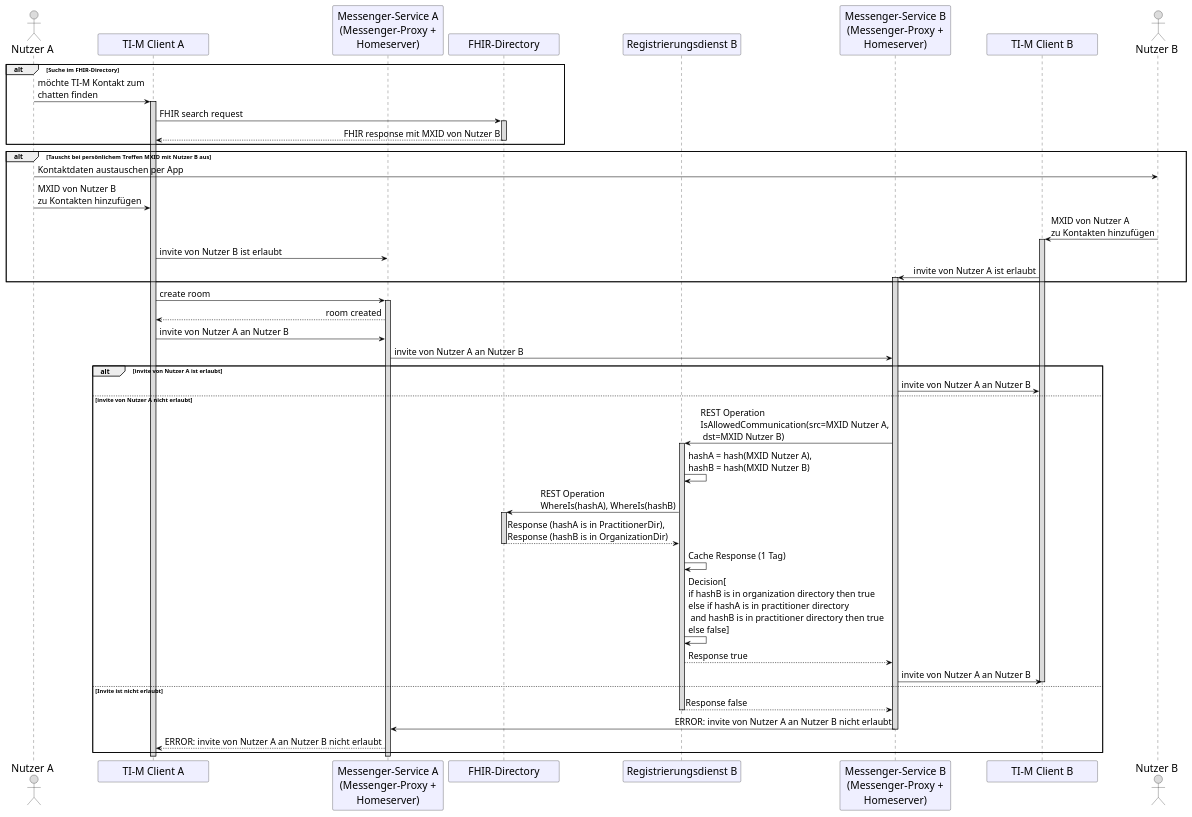
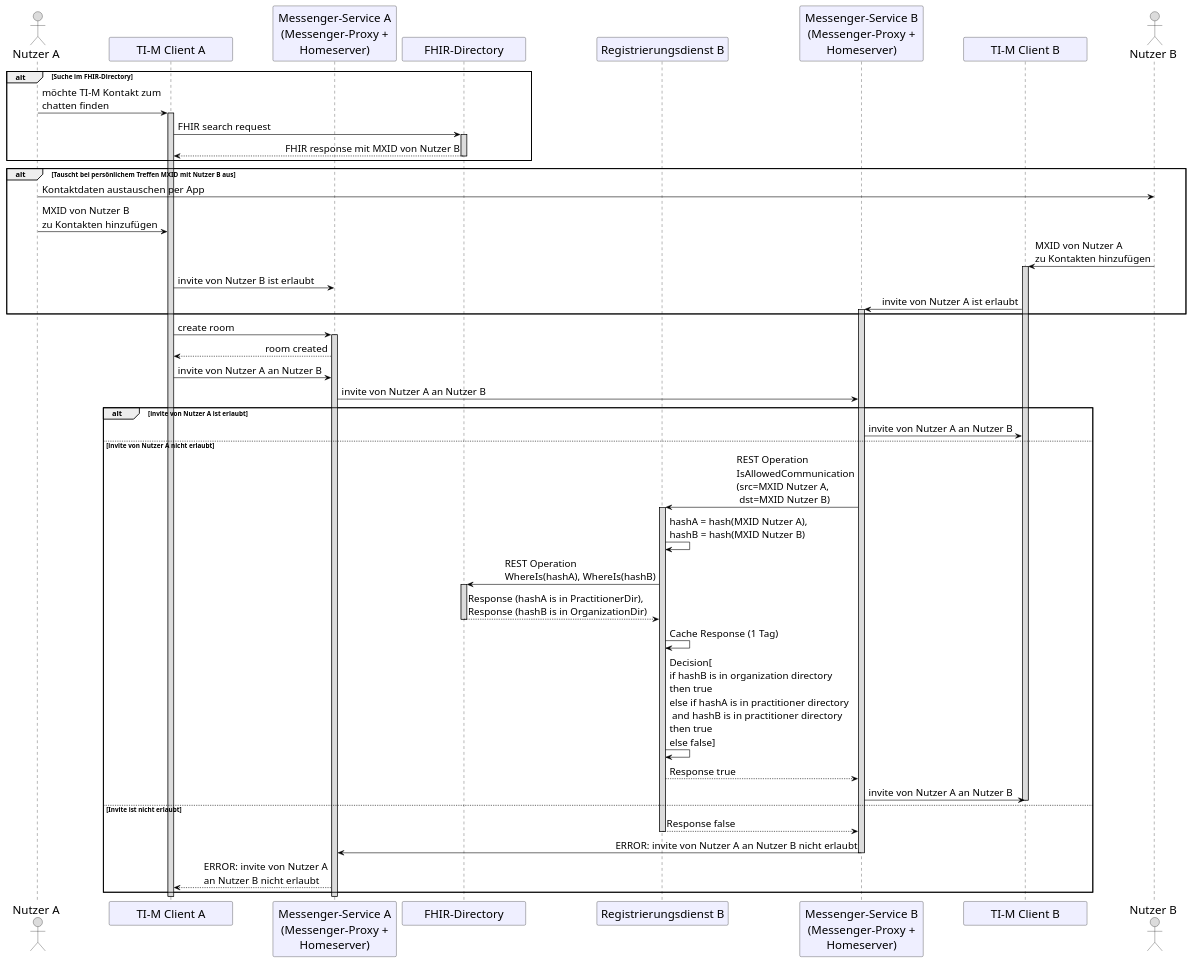
Before and after one commit to gematik/api-ti-messenger: the diagram in src/plantuml/architecture/Communication_control_without_PASSporT.puml, drawn with PlantUML.

```diff
--- a/src/plantuml/architecture/Communication_control_without_PASSporT.puml
+++ b/src/plantuml/architecture/Communication_control_without_PASSporT.puml
@@ -27,86 +27,86 @@
 @startuml
 skinparam sequenceMessageAlign direction
 skinparam minClassWidth 200
 skinparam BoxPadding 1
 skinparam sequenceReferenceHeaderBackgroundColor palegreen
 scale max 2048 width
 
 skinparam sequence {
 ArrowColor black
 ArrowFontSize 17
 ActorBorderColor black
 LifeLineBorderColor black
 LifeLineBackgroundColor Gainsboro
 
 ParticipantBorderColor Motivation
 ParticipantBackgroundColor Motivation
 ParticipantFontName Impact
 ParticipantFontSize 20
 ParticipantFontColor black
 ParticipantBorderColor Black
 ParticipantBackgroundColor MOTIVATION
 
 ActorBackgroundColor Gainsboro
 ActorFontColor black
 ActorFontSize 20
 ActorFontName Aapex
 }
 
 actor a as "Nutzer A"
 participant cl as "TI-M Client A"
 participant mp as "Messenger-Service A\n(Messenger-Proxy +\nHomeserver)"
 participant fd as "FHIR-Directory"
 participant rdb as "Registrierungsdienst B"
 participant mpb as "Messenger-Service B\n(Messenger-Proxy +\nHomeserver)"
 participant clb as "TI-M Client B"
 actor b as "Nutzer B"
 
 alt Suche im FHIR-Directory
 a -> cl: möchte TI-M Kontakt zum\nchatten finden
 activate cl
 cl -> fd: FHIR search request
 activate fd
 fd --> cl: FHIR response mit MXID von Nutzer B
 deactivate fd
 end
 alt Tauscht bei persönlichem Treffen MXID mit Nutzer B aus
 a -> b: Kontaktdaten austauschen per App
 a -> cl: MXID von Nutzer B\nzu Kontakten hinzufügen
 b -> clb: MXID von Nutzer A\nzu Kontakten hinzufügen
 activate clb
 cl -> mp: invite von Nutzer B ist erlaubt
 clb -> mpb: invite von Nutzer A ist erlaubt
 activate mpb
 end
 cl -> mp: create room
 activate mp
 mp --> cl: room created
 
 ' Invite
 cl -> mp: invite von Nutzer A an Nutzer B
 mp -> mpb: invite von Nutzer A an Nutzer B
 alt invite von Nutzer A ist erlaubt
 mpb -> clb: invite von Nutzer A an Nutzer B
 else invite von Nutzer A nicht erlaubt
-mpb -> rdb: REST Operation\nIsAllowedCommunication(src=MXID Nutzer A,\n dst=MXID Nutzer B)
+mpb -> rdb: REST Operation\nIsAllowedCommunication\n(src=MXID Nutzer A,\n dst=MXID Nutzer B)
 activate rdb
 rdb -> rdb: hashA = hash(MXID Nutzer A),\nhashB = hash(MXID Nutzer B)
 rdb -> fd: REST Operation\nWhereIs(hashA), WhereIs(hashB)
 activate fd
 fd --> rdb: Response (hashA is in PractitionerDir),\nResponse (hashB is in OrganizationDir)
 deactivate fd
 rdb -> rdb: Cache Response (1 Tag)
-rdb -> rdb: Decision[\nif hashB is in organization directory then true\nelse if hashA is in practitioner directory\n and hashB is in practitioner directory then true\nelse false]
+rdb -> rdb: Decision[\nif hashB is in organization directory\nthen true\nelse if hashA is in practitioner directory\n and hashB is in practitioner directory\nthen true\nelse false]
 rdb --> mpb: Response true
 mpb -> clb: invite von Nutzer A an Nutzer B
 deactivate clb
 else Invite ist nicht erlaubt
 rdb --> mpb: Response false
 deactivate rdb
 mpb -> mp: ERROR: invite von Nutzer A an Nutzer B nicht erlaubt
 deactivate mpb
-mp --> cl: ERROR: invite von Nutzer A an Nutzer B nicht erlaubt
+mp --> cl: ERROR: invite von Nutzer A\nan Nutzer B nicht erlaubt
 end
 deactivate mp
 deactivate cl
 @enduml
```
